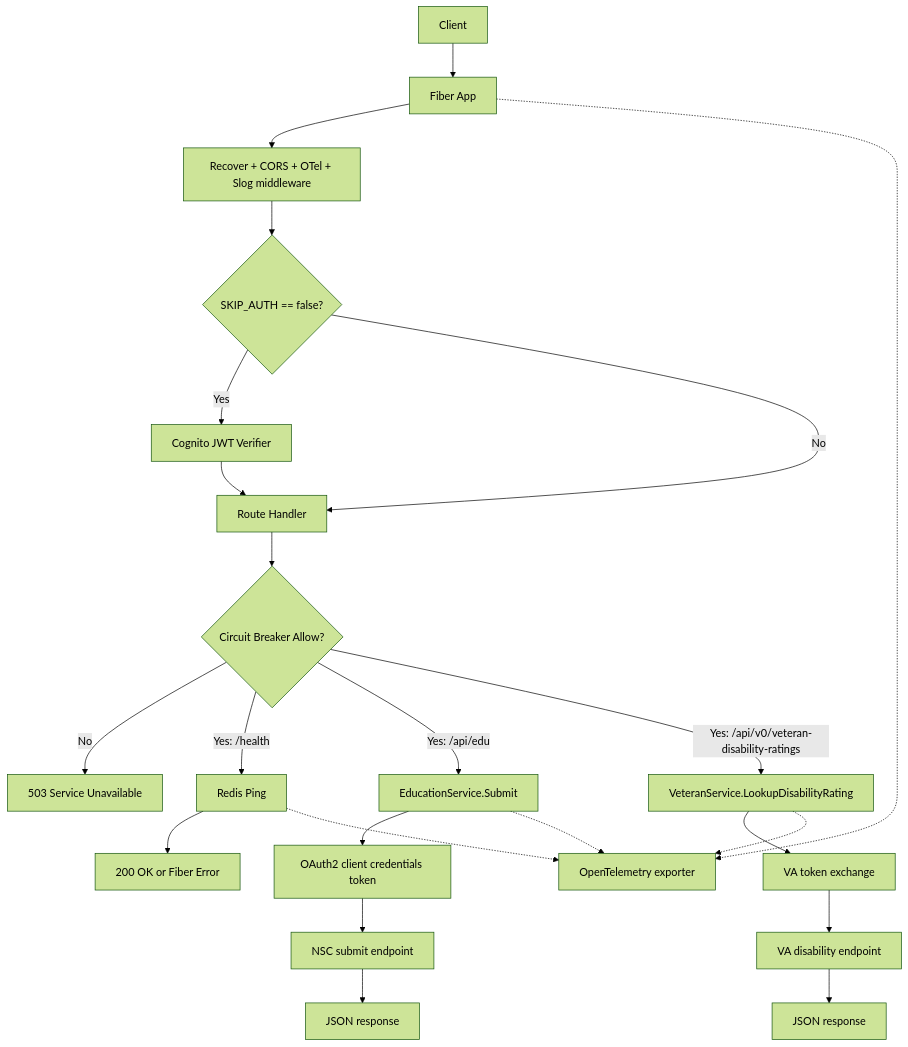
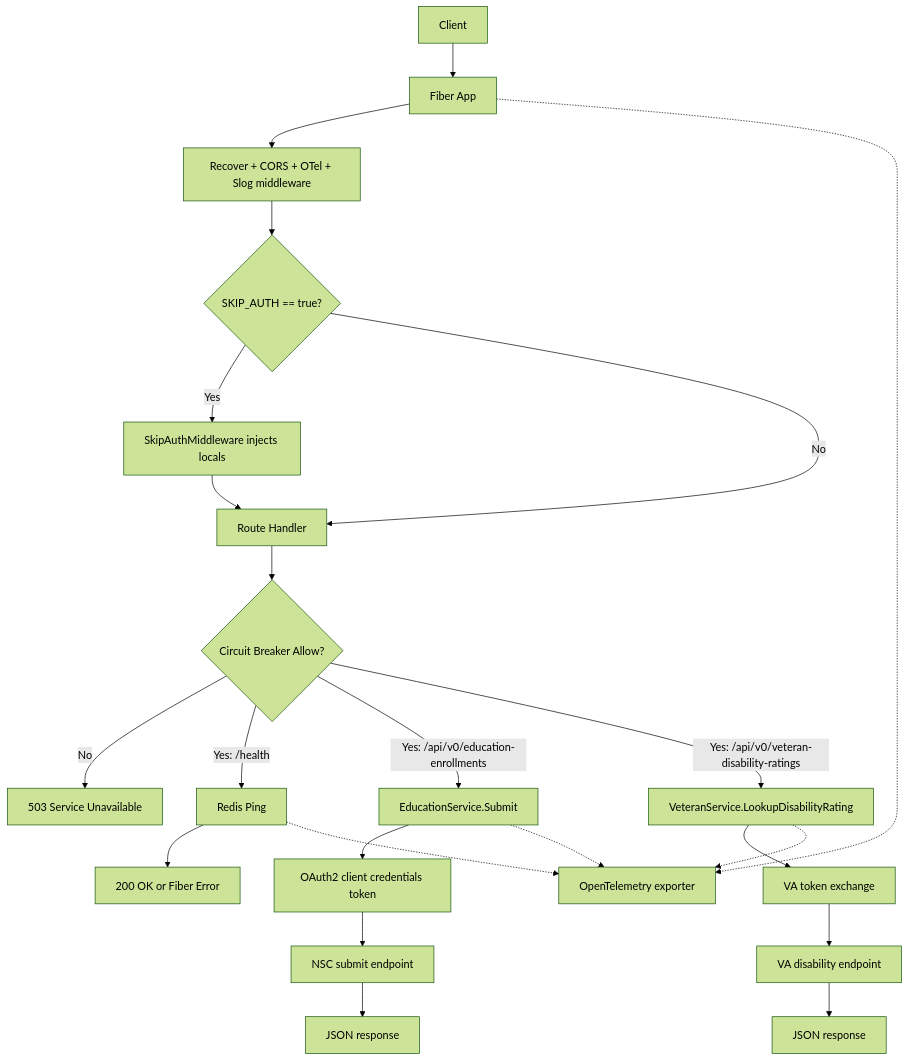
One commit to CMSgov/emmy-api changed the diagram in docs/overview.md. Above: the diagram before and after it, drawn with Mermaid (forest theme). The commit also changed other lines of this file and 15 other files, not shown here.

Commit message:
docs: run doc drift repair flow

````diff
--- a/docs/overview.md
+++ b/docs/overview.md
@@ -49,30 +49,30 @@
 ```mermaid
 flowchart TD
     A[Client] --> B[Fiber App]
     B --> C[Recover + CORS + OTel + Slog middleware]
-    C --> D{SKIP_AUTH == false?}
-    D -->|Yes| E[Cognito JWT Verifier]
+    C --> D{SKIP_AUTH == true?}
+    D -->|Yes| E[SkipAuthMiddleware injects locals]
     D -->|No| F[Route Handler]
     E --> F
 
     F --> G{Circuit Breaker Allow?}
     G -->|No| H[503 Service Unavailable]
 
     G -->|Yes: /health| I[Redis Ping]
     I --> J[200 OK or Fiber Error]
 
-    G -->|Yes: /api/edu| K[EducationService.Submit]
+    G -->|Yes: /api/v0/education-enrollments| K[EducationService.Submit]
     K --> L[OAuth2 client credentials token]
     L --> M[NSC submit endpoint]
     M --> N[JSON response]
 
     G -->|Yes: /api/v0/veteran-disability-ratings| V[VeteranService.LookupDisabilityRating]
     V --> W[VA token exchange]
     W --> X[VA disability endpoint]
     X --> Y[JSON response]
 
     B -.-> O[OpenTelemetry exporter]
     I -.-> O
     K -.-> O
     V -.-> O
 ```
````
